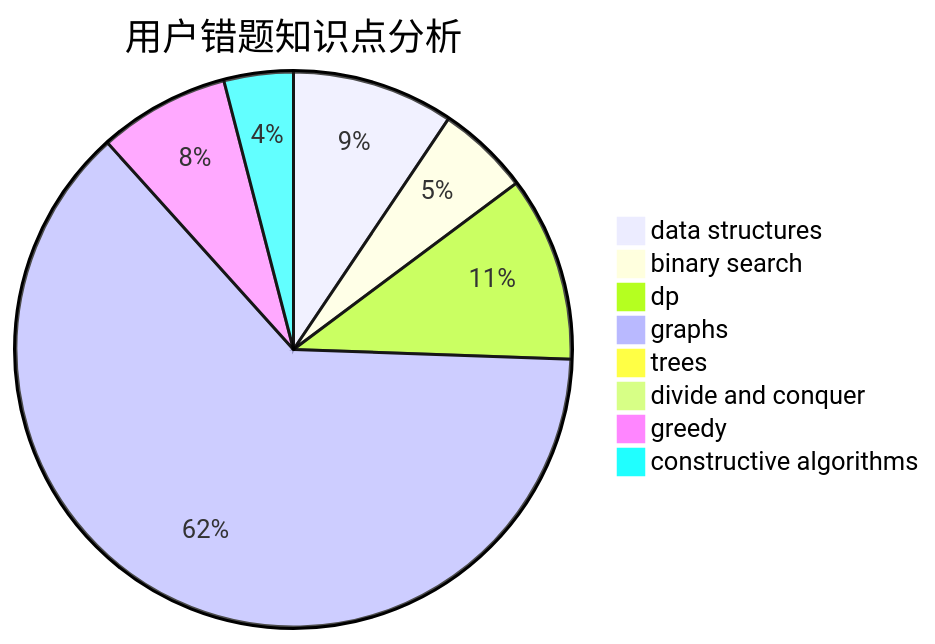
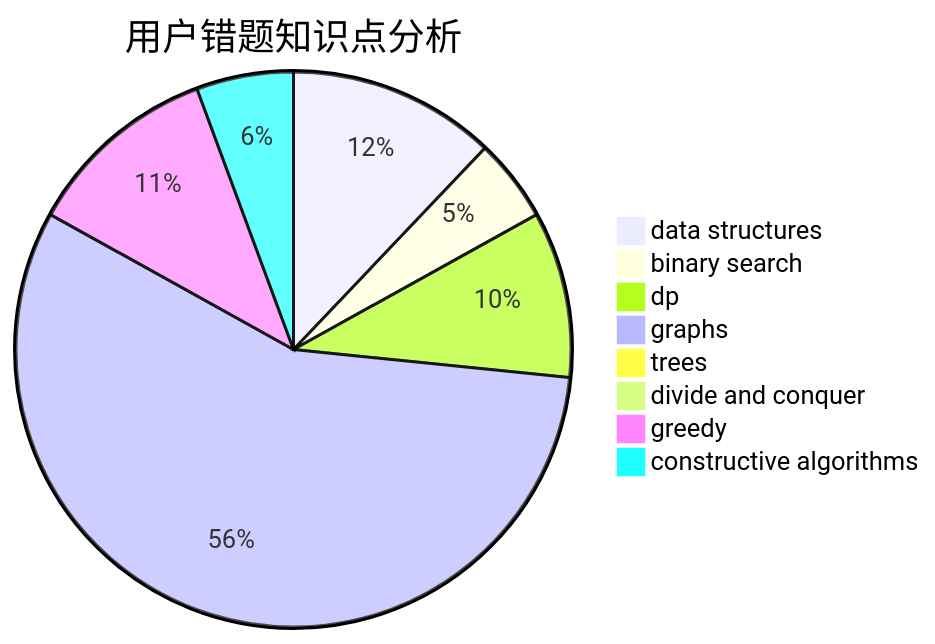
One commit to sherpahu/cfrs.github.io changed the third of 3 diagrams in docs/user/u2764.md. Above: the diagram before and after it, drawn with Mermaid. The commit also changed other lines of this file and 2770 other files, not shown here.

````diff
--- a/docs/user/u2764.md
+++ b/docs/user/u2764.md
@@ -36,11 +36,11 @@
 ```mermaid
 pie title 用户错题知识点分析
-    "data structures" :  21
+    "data structures" :  30
     "binary search" :  12
     "dp" :  24
     "graphs" :  140
     "trees" :  0
     "divide and conquer" :  2
-    "greedy" :  17
-    "constructive algorithms" :  9
+    "greedy" :  28
+    "constructive algorithms" :  14
 ```
````
